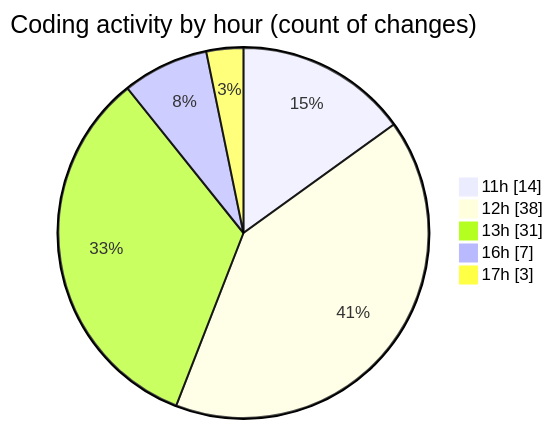
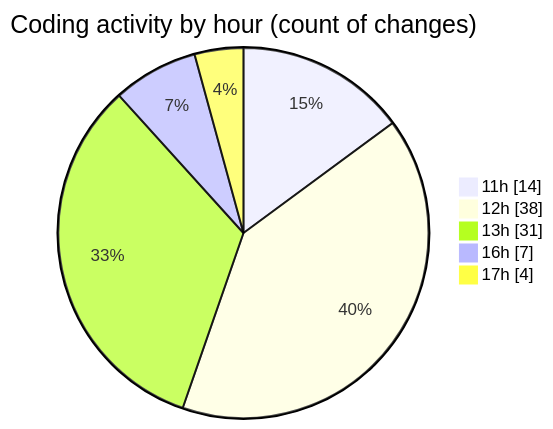
The second of 2 diagrams in 2025-08-28/nxtqube_webapp/README.md (nxtqubesakshisongat/code-tracking), drawn with Mermaid before and after one commit. The commit also changed other lines of this file and 1 other file, not shown here.

````diff
--- a/2025-08-28/nxtqube_webapp/README.md
+++ b/2025-08-28/nxtqube_webapp/README.md
@@ -34,9 +34,9 @@
 ```mermaid
 pie showData
 title Coding activity by hour (count of changes)
 "11h" : 14
 "12h" : 38
 "13h" : 31
 "16h" : 7
-"17h" : 3
+"17h" : 4
 ```
````
